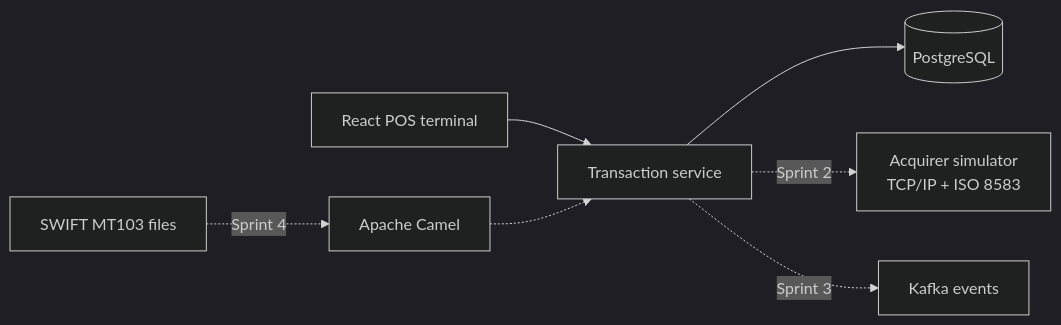
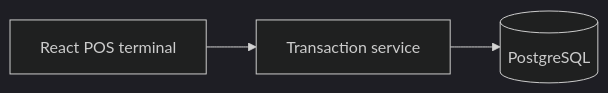
Before and after one commit to LucasBrovetto/financial-integration-platform: the diagram in README.md, drawn with Mermaid (dark theme). The commit also changed other lines of this file and 3 other files, not shown here.

Commit message:
docs(architecture): separate current and planned architecture

````diff
--- a/README.md
+++ b/README.md
@@ -19,8 +19,5 @@
 ```mermaid
 flowchart LR
     POS[React POS terminal] --> Processor[Transaction service]
     Processor --> Database[(PostgreSQL)]
-    Processor -. Sprint 2 .-> Acquirer[Acquirer simulator\nTCP/IP + ISO 8583]
-    Processor -. Sprint 3 .-> Kafka[Kafka events]
-    Swift[SWIFT MT103 files] -. Sprint 4 .-> Camel[Apache Camel] -.-> Processor
 ```
````
